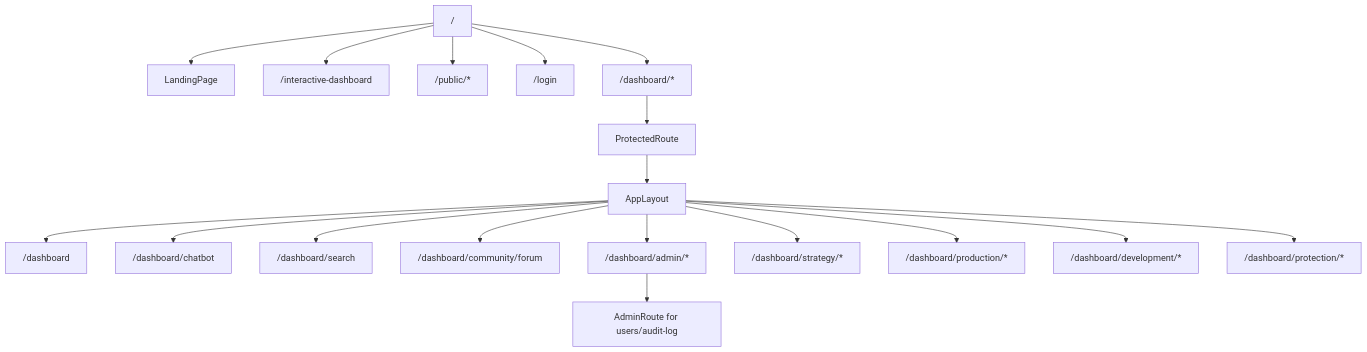
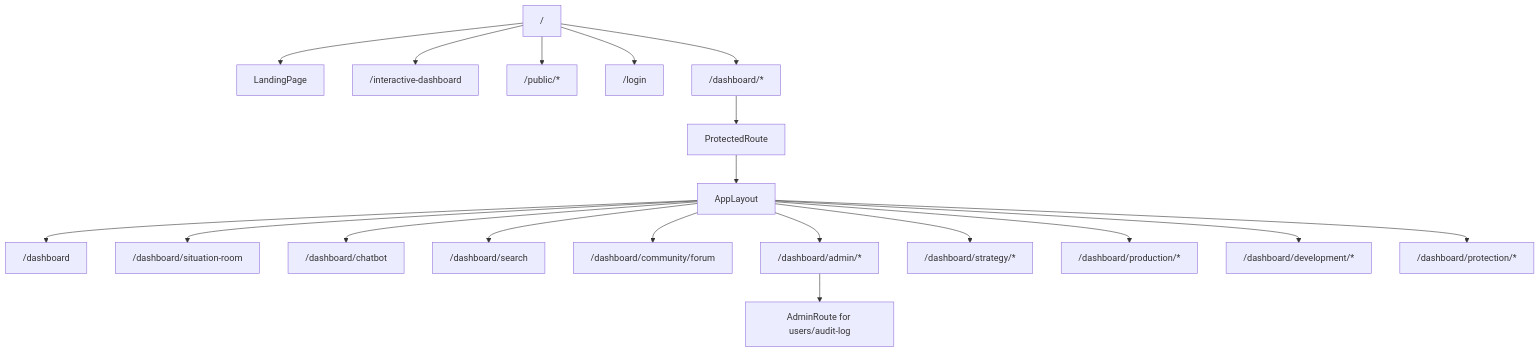
Before and after one commit to dragonfly13110/npt_dashboard: the third of 8 diagrams in docs/reference/ARCHITECTURE.md, drawn with Mermaid. The commit also changed other lines of this file and 12 other files, not shown here.

````diff
--- a/docs/reference/ARCHITECTURE.md
+++ b/docs/reference/ARCHITECTURE.md
@@ -156,23 +158,24 @@
 ```mermaid
 flowchart TD
     ROOT["/"] --> LANDING["LandingPage"]
     ROOT --> INTERACTIVE["/interactive-dashboard"]
     ROOT --> PUBLICV["/public/*"]
     ROOT --> LOGIN["/login"]
     ROOT --> DASHROOT["/dashboard/*"]
 
     DASHROOT --> PROTECTED["ProtectedRoute"]
     PROTECTED --> LAYOUT["AppLayout"]
 
     LAYOUT --> OVERVIEW["/dashboard"]
+    LAYOUT --> SITUATION["/dashboard/situation-room"]
     LAYOUT --> CHAT["/dashboard/chatbot"]
     LAYOUT --> SEARCH["/dashboard/search"]
     LAYOUT --> COMMUNITY["/dashboard/community/forum"]
     LAYOUT --> ADMIN["/dashboard/admin/*"]
     LAYOUT --> STRATEGY["/dashboard/strategy/*"]
     LAYOUT --> PRODUCTION["/dashboard/production/*"]
     LAYOUT --> DEVELOPMENT["/dashboard/development/*"]
     LAYOUT --> PROTECTION["/dashboard/protection/*"]
 
     ADMIN --> ADMINONLY["AdminRoute for users/audit-log"]
 ```
````
